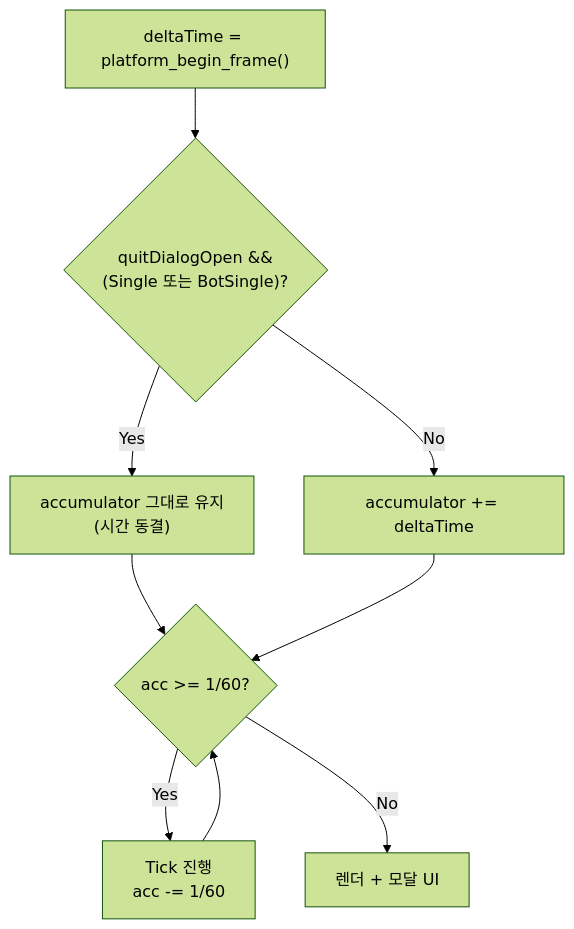
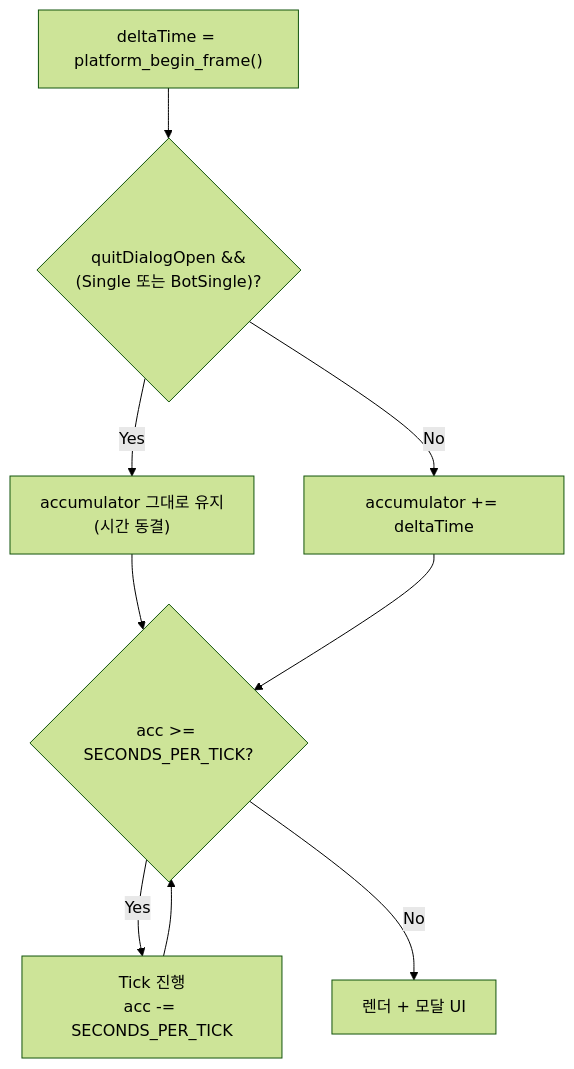
One commit to Rein-ArXiv/Tetris-Multiplayer-RL changed diagram 11 of 12 in docs/blog/part4-game-wrapper-and-loop.md. Above: the diagram before and after it, drawn with Mermaid (forest theme). The commit also changed other lines of this file and 41 other files, not shown here.

````diff
--- a/docs/blog/part4-game-wrapper-and-loop.md
+++ b/docs/blog/part4-game-wrapper-and-loop.md
@@ -1219,11 +1917,11 @@
 ```mermaid
 flowchart TB
     A["deltaTime = platform_begin_frame()"] --> B{"quitDialogOpen &&<br/>(Single 또는 BotSingle)?"}
     B -->|Yes| C["accumulator 그대로 유지<br/>(시간 동결)"]
     B -->|No| D["accumulator += deltaTime"]
-    C --> E{"acc >= 1/60?"}
+    C --> E{"acc >= SECONDS_PER_TICK?"}
     D --> E
-    E -->|Yes| F["Tick 진행<br/>acc -= 1/60"]
+    E -->|Yes| F["Tick 진행<br/>acc -= SECONDS_PER_TICK"]
     F --> E
     E -->|No| G["렌더 + 모달 UI"]
 ```
````
